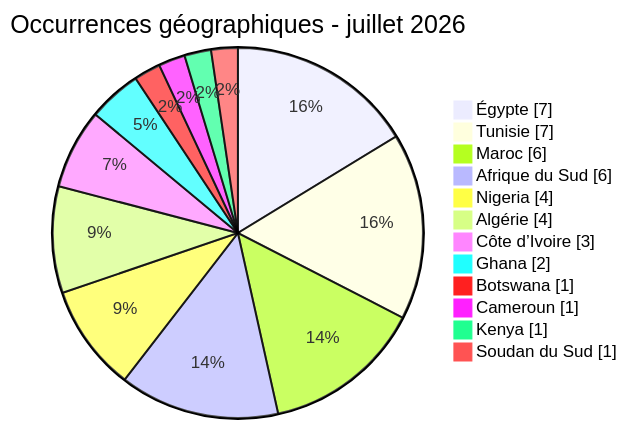
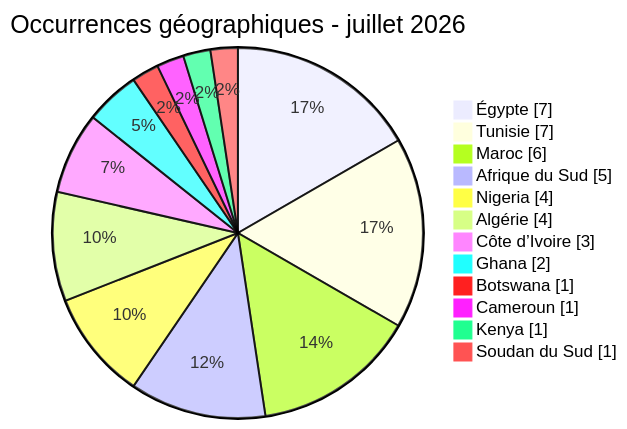
One commit to Hatchepsoute/AFRINTEL changed the diagram in CyberAttackAfrica/2026/07-july/README_FR.md. Above: the diagram before and after it, drawn with Mermaid. The commit also changed other lines of this file and 3 other files, not shown here.

````diff
--- a/CyberAttackAfrica/2026/07-july/README_FR.md
+++ b/CyberAttackAfrica/2026/07-july/README_FR.md
@@ -45,16 +45,16 @@
 ```mermaid
 pie showData
     title Occurrences géographiques - juillet 2026
     "Égypte" : 7
     "Tunisie" : 7
     "Maroc" : 6
-    "Afrique du Sud" : 6
+    "Afrique du Sud" : 5
     "Nigeria" : 4
     "Algérie" : 4
     "Côte d’Ivoire" : 3
     "Ghana" : 2
     "Botswana" : 1
     "Cameroun" : 1
     "Kenya" : 1
     "Soudan du Sud" : 1
 ```
````
